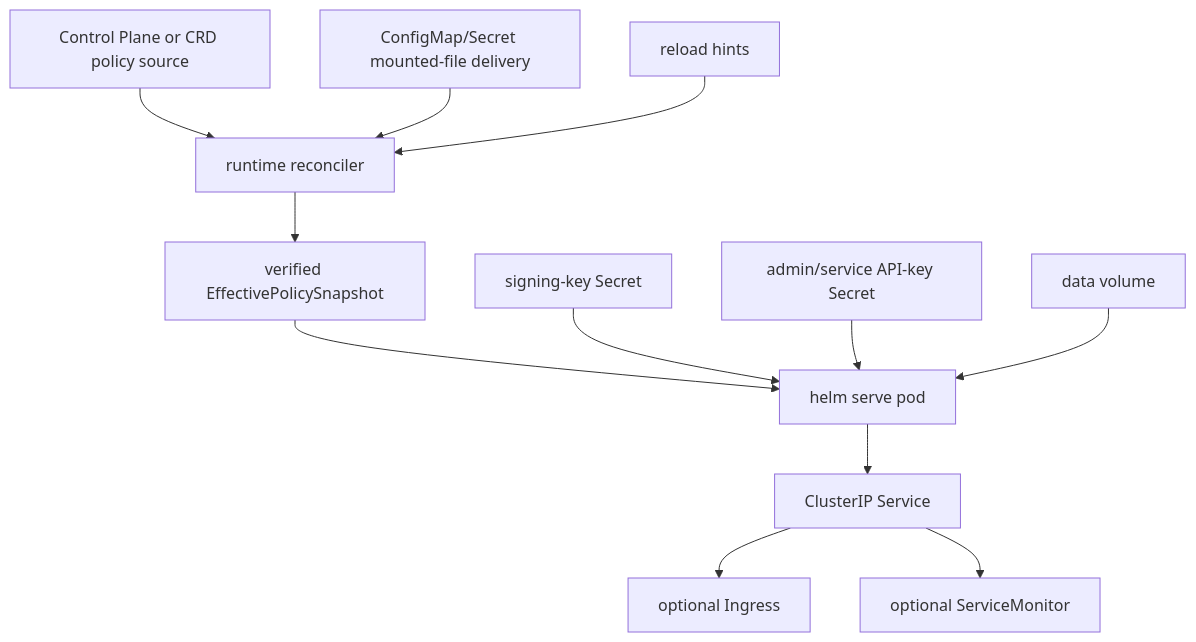
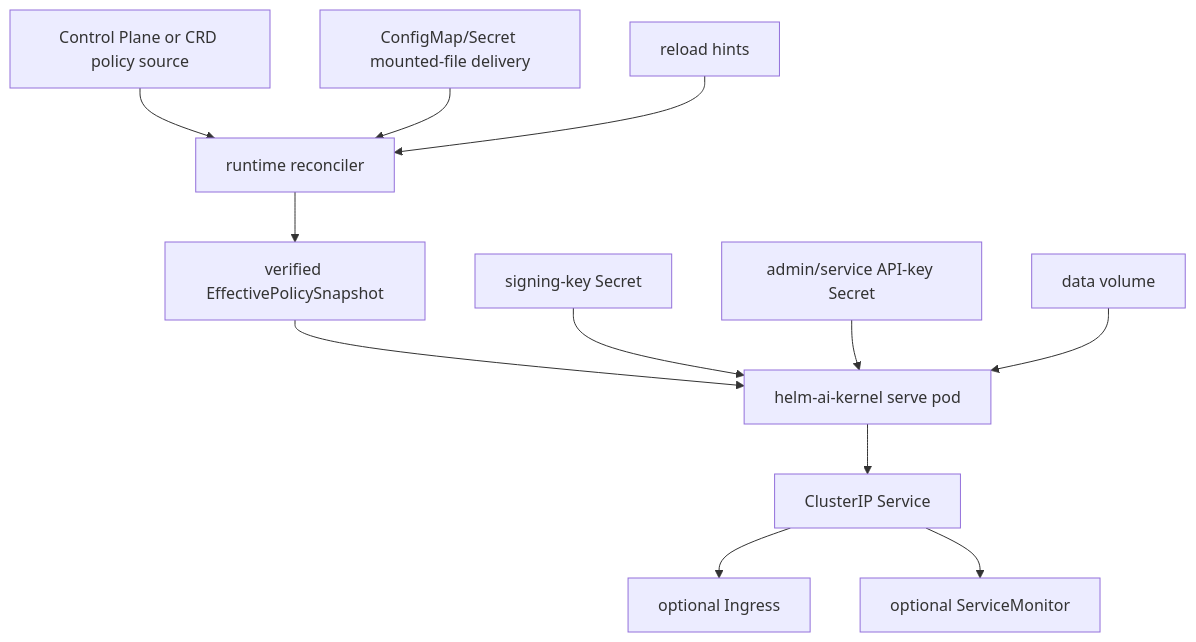
Before and after one commit to Mindburn-Labs/helm-ai-kernel: the diagram in deploy/helm-chart/README.md, drawn with Mermaid. The commit also changed other lines of this file and 966 other files, not shown here.

First line of the commit message:
chore: complete helm-ai-kernel rename (#138)

````diff
--- a/deploy/helm-chart/README.md
+++ b/deploy/helm-chart/README.md
@@ -33,14 +33,14 @@
 ```mermaid
 flowchart TD
   cp["Control Plane or CRD policy source"] --> runtime["runtime reconciler"]
   cm["ConfigMap/Secret mounted-file delivery"] --> runtime
   hint["reload hints"] --> runtime
   runtime --> snapshot["verified EffectivePolicySnapshot"]
-  snapshot --> pod["helm serve pod"]
+  snapshot --> pod["helm-ai-kernel serve pod"]
   signing["signing-key Secret"] --> pod
   auth["admin/service API-key Secret"] --> pod
   pvc["data volume"] --> pod
   pod --> service["ClusterIP Service"]
   service --> ingress["optional Ingress"]
   service --> metrics["optional ServiceMonitor"]
 ```
````
